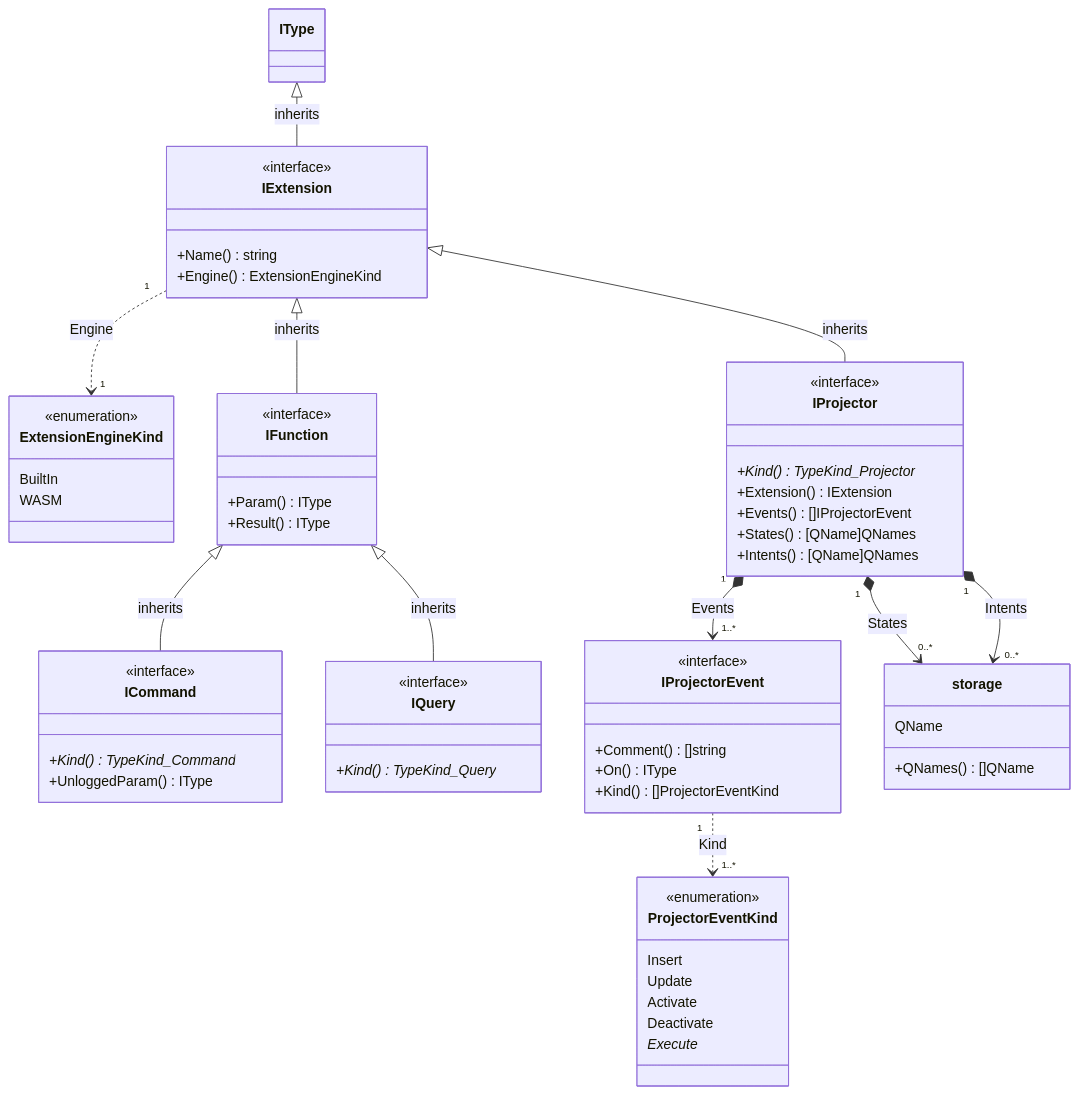
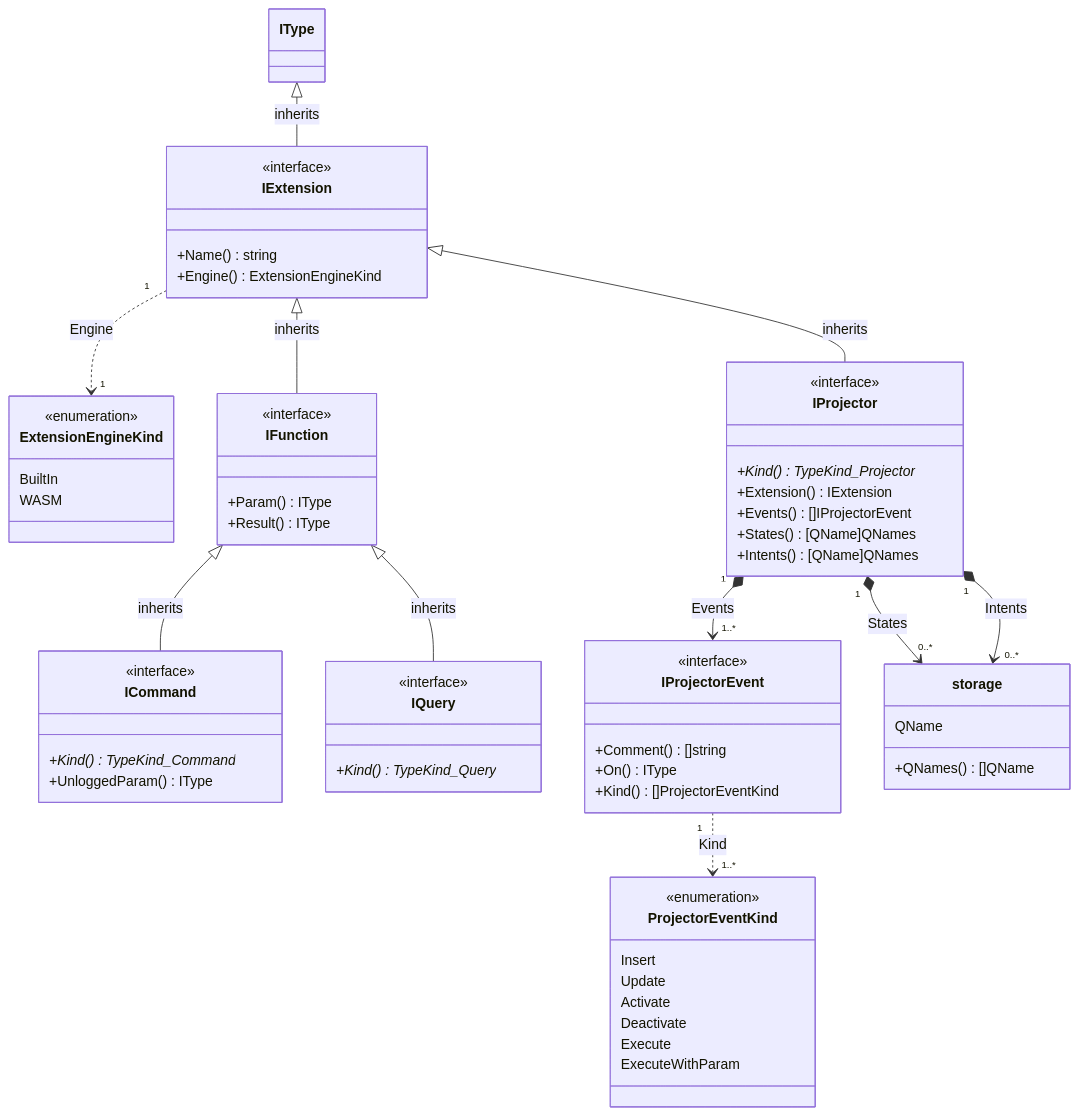
The seventh of 7 diagrams in pkg/appdef/README.md (voedger/voedger), drawn with Mermaid before and after one commit. The commit also changed 2 other files, not shown here.

Commit message:
add ExecuteWithParam

````diff
--- a/pkg/appdef/README.md
+++ b/pkg/appdef/README.md
@@ -553,71 +553,72 @@
 ```mermaid
     classDiagram
     IType <|-- IExtension : inherits
     class IExtension {
         <<interface>>
         +Name() string
         +Engine() ExtensionEngineKind
     }
 
     IExtension "1" ..> "1" ExtensionEngineKind : Engine
     class ExtensionEngineKind {
         <<enumeration>>
         BuiltIn
         WASM
     }
 
     IExtension <|-- IFunction : inherits
     class IFunction {
         <<interface>>
         +Param() IType
         +Result() IType
     }
 
     IFunction <|-- ICommand : inherits
     class ICommand {
         <<interface>>
         +Kind()* TypeKind_Command
         +UnloggedParam() IType
     }
 
     IFunction <|-- IQuery : inherits
     class IQuery {
         <<interface>>
         +Kind()* TypeKind_Query
     }
 
     IExtension <|-- IProjector : inherits
     class IProjector {
         <<interface>>
         +Kind()* TypeKind_Projector
         +Extension() IExtension
         +Events() []IProjectorEvent
         +States() [QName]QNames
         +Intents() [QName]QNames
     }
 
     IProjector "1" *--> "1..*" IProjectorEvent : Events
     class IProjectorEvent {
         <<interface>>
         +Comment() []string
         +On() IType
         +Kind() []ProjectorEventKind
     }
 
     IProjectorEvent "1" ..> "1..*" ProjectorEventKind : Kind
     class ProjectorEventKind {
         <<enumeration>>
         Insert
         Update
         Activate
         Deactivate
-        Execute*
+        Execute
+        ExecuteWithParam
     }
 
     IProjector "1" *--> "0..*" storage : States
     IProjector "1" *--> "0..*" storage : Intents
     class storage {
         QName
         +QNames() []QName
     }
 ```
````
